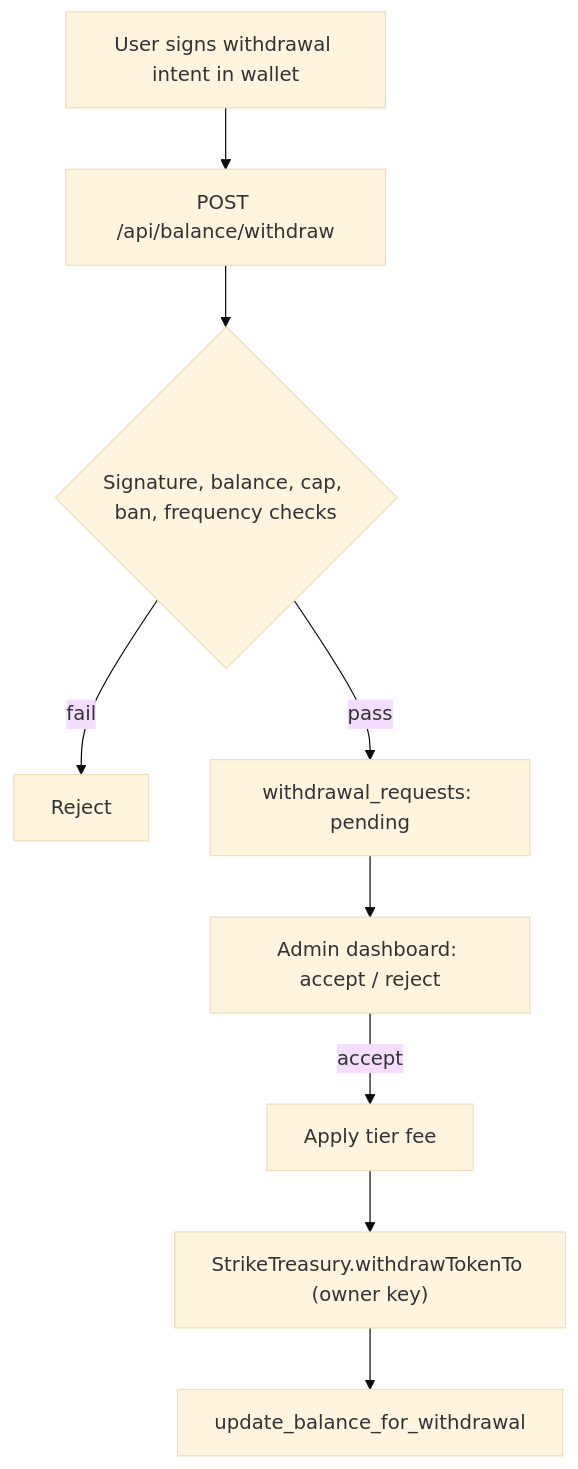
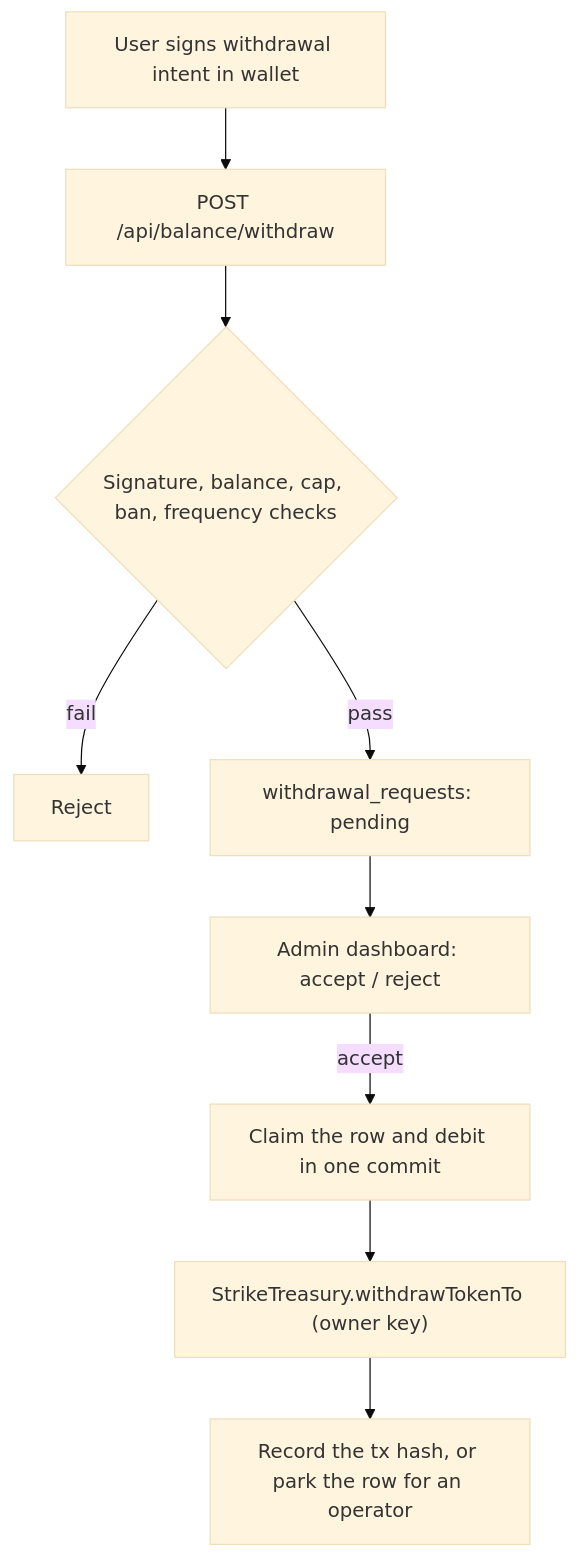
One commit to TryStrike/strike changed the third of 3 diagrams in README.md. Above: the diagram before and after it, drawn with Mermaid (base theme). The commit also changed other lines of this file and 292 other files, not shown here.

````diff
--- a/README.md
+++ b/README.md
@@ -243,11 +243,11 @@
 ```mermaid
 flowchart TD
   U[User signs withdrawal intent in wallet] --> W[POST /api/balance/withdraw]
   W --> S{Signature, balance, cap, ban, frequency checks}
   S -- fail --> Y[Reject]
   S -- pass --> P[withdrawal_requests: pending]
   P --> A[Admin dashboard: accept / reject]
-  A -- accept --> Z[Apply tier fee]
+  A -- accept --> Z[Claim the row and debit in one commit]
   Z --> T["StrikeTreasury.withdrawTokenTo (owner key)"]
-  T --> R[update_balance_for_withdrawal]
+  T --> R[Record the tx hash, or park the row for an operator]
 ```
````
